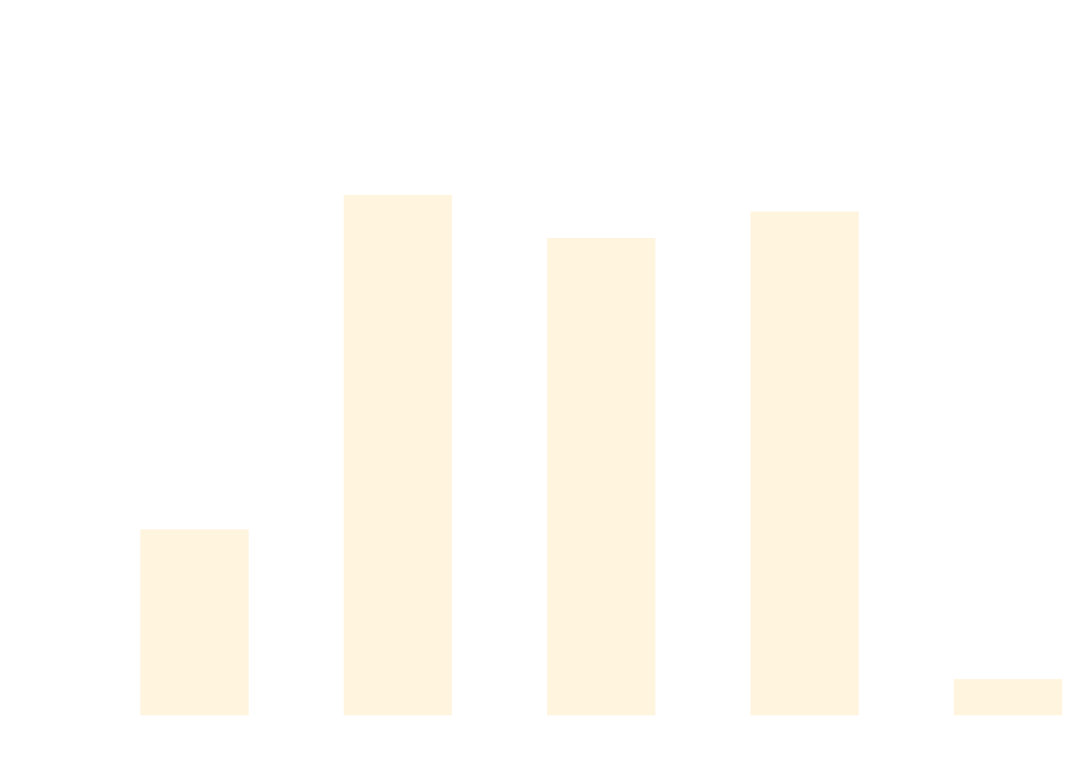
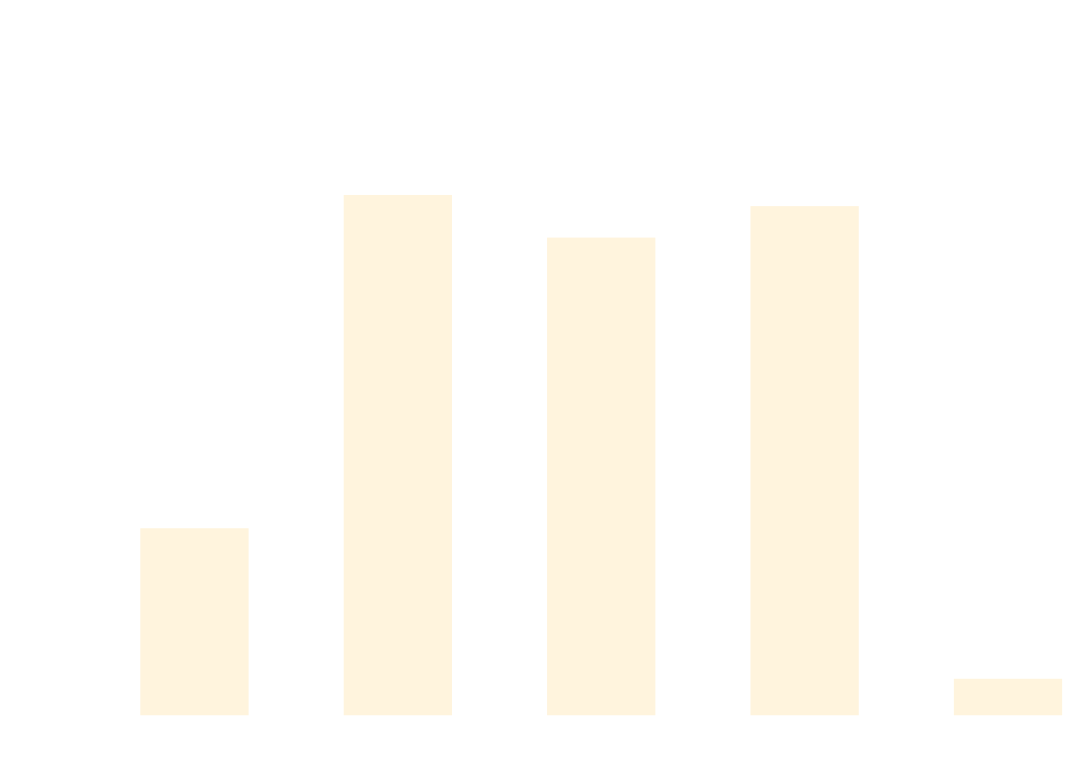
The diagram in docs/docs/benchmarks/MatrixTests.md (thomhurst/TUnit), drawn with Mermaid before and after one commit. The commit also changed other lines of this file and 17 other files, not shown here.

````diff
--- a/docs/docs/benchmarks/MatrixTests.md
+++ b/docs/docs/benchmarks/MatrixTests.md
@@ -27,37 +27,37 @@
 ```mermaid
 %%{init: {
   'theme':'base',
   'themeVariables': {
     'primaryColor': '#2563eb',
     'primaryTextColor': '#ffffff',
     'primaryBorderColor': '#1e40af',
     'lineColor': '#6b7280',
     'secondaryColor': '#7c3aed',
     'tertiaryColor': '#dc2626',
     'background': '#ffffff',
     'mainBkg': '#2563eb',
     'secondBkg': '#7c3aed',
     'tertiaryBkg': '#dc2626',
     'clusterBkg': '#f3f4f6',
     'edgeLabelBackground': '#ffffff',
     'tertiaryTextColor': '#1f2937',
     'pie1': '#2563eb',
     'pie2': '#7c3aed',
     'pie3': '#dc2626',
     'pie4': '#f59e0b',
     'pie5': '#10b981',
     'pie6': '#06b6d4',
     'pie7': '#ec4899',
     'pie8': '#6366f1',
     'pie9': '#84cc16',
     'pie10': '#f97316',
     'pie11': '#14b8a6',
     'pie12': '#a855f7'
   }
 }}%%
 xychart-beta
   title "MatrixTests Performance Comparison"
   x-axis ["TUnit", "NUnit", "MSTest", "xUnit3", "TUnit_AOT"]
-  y-axis "Time (ms)" 0 --> 2007
-  bar [572.59, 1671.9, 1530.26, 1617.37, 80.09]
+  y-axis "Time (ms)" 0 --> 1942
+  bar [557.44, 1617.68, 1482.07, 1582.16, 78.68]
 ```
````
